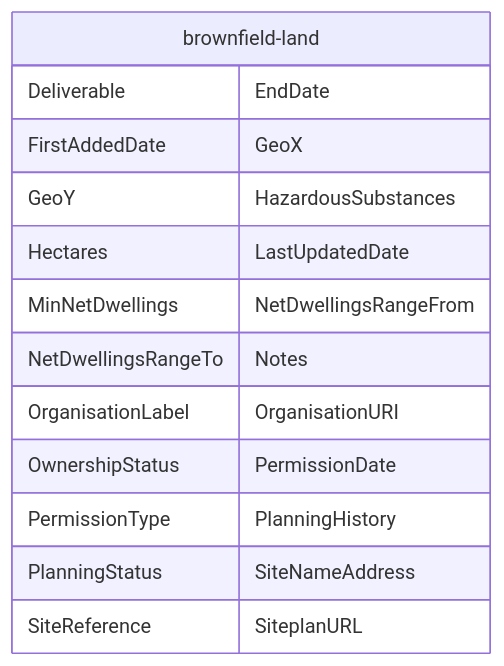
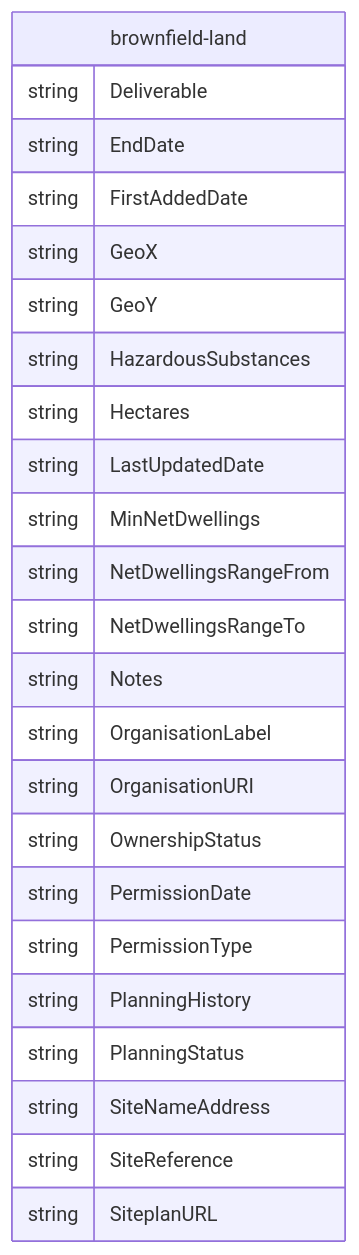
The diagram in mermaid/brownfield-land.md (digital-land/specification), drawn with Mermaid before and after one commit. The commit also changed 9 other files, not shown here.

Commit message:
Mermaid types and relationship

````diff
--- a/mermaid/brownfield-land.md
+++ b/mermaid/brownfield-land.md
@@ -4,27 +4,27 @@
 ```mermaid
 erDiagram
     brownfield-land {
-        Deliverable
-        EndDate
-        FirstAddedDate
-        GeoX
-        GeoY
-        HazardousSubstances
-        Hectares
-        LastUpdatedDate
-        MinNetDwellings
-        NetDwellingsRangeFrom
-        NetDwellingsRangeTo
-        Notes
-        OrganisationLabel
-        OrganisationURI
-        OwnershipStatus
-        PermissionDate
-        PermissionType
-        PlanningHistory
-        PlanningStatus
-        SiteNameAddress
-        SiteReference
-        SiteplanURL
+        string Deliverable
+        string EndDate
+        string FirstAddedDate
+        string GeoX
+        string GeoY
+        string HazardousSubstances
+        string Hectares
+        string LastUpdatedDate
+        string MinNetDwellings
+        string NetDwellingsRangeFrom
+        string NetDwellingsRangeTo
+        string Notes
+        string OrganisationLabel
+        string OrganisationURI
+        string OwnershipStatus
+        string PermissionDate
+        string PermissionType
+        string PlanningHistory
+        string PlanningStatus
+        string SiteNameAddress
+        string SiteReference
+        string SiteplanURL
     }
 ```
````
